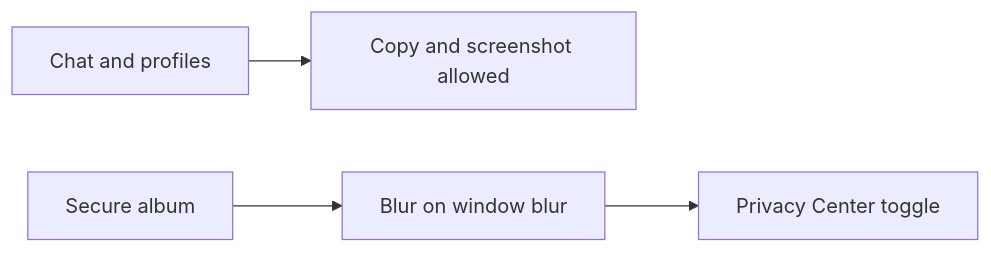
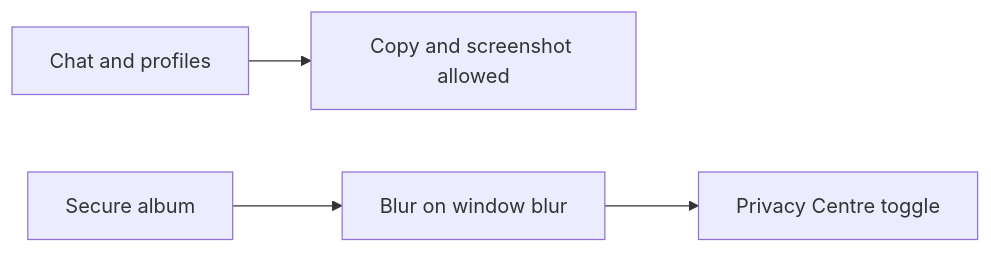
Before and after one commit to Jono120/aether-chat: the diagram in docs/DESIGN.md, drawn with Mermaid. The commit also changed other lines of this file and 102 other files, not shown here.

````diff
--- a/docs/DESIGN.md
+++ b/docs/DESIGN.md
@@ -21,6 +21,6 @@
 ```mermaid
 flowchart LR
   ChatUI[Chat and profiles] --> AllowCopy[Copy and screenshot allowed]
   AlbumUI[Secure album] --> Shield[Blur on window blur]
-  Shield --> Toggle[Privacy Center toggle]
+  Shield --> Toggle[Privacy Centre toggle]
 ```
````
